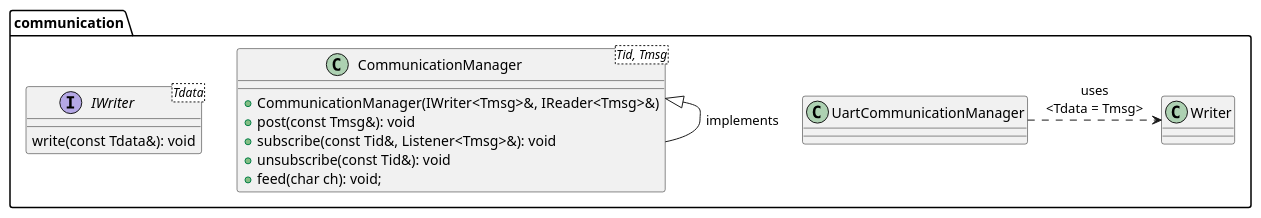
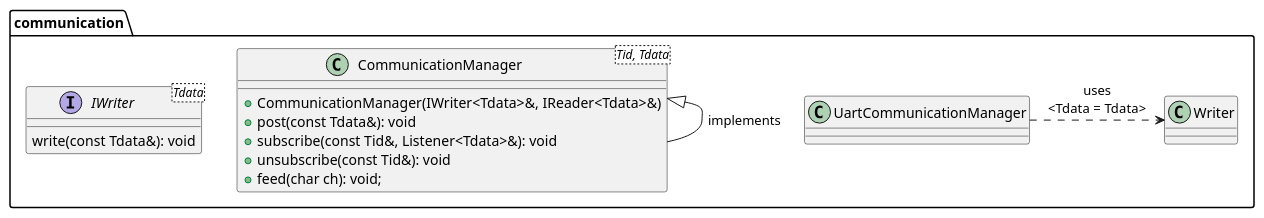
Before and after one commit to fedddot/framework: the diagram in communication/doc/communication.puml, drawn with PlantUML. The commit also changed 4 other files, not shown here.

Commit message:
CommunicationManager implemented

```diff
--- a/communication/doc/communication.puml
+++ b/communication/doc/communication.puml
@@ -1,21 +1,21 @@
 @startuml communication
 
 package communication {
 	interface IWriter<Tdata> {
 		write(const Tdata&): void
 	}
 
-	class CommunicationManager<Tid, Tmsg> {
-		+ CommunicationManager(IWriter<Tmsg>&, IReader<Tmsg>&)
-		+ post(const Tmsg&): void
-		+ subscribe(const Tid&, Listener<Tmsg>&): void
+	class CommunicationManager<Tid, Tdata> {
+		+ CommunicationManager(IWriter<Tdata>&, IReader<Tdata>&)
+		+ post(const Tdata&): void
+		+ subscribe(const Tid&, Listener<Tdata>&): void
 		+ unsubscribe(const Tid&): void
 		+ feed(char ch): void;
 	}
 
 	CommunicationManager -up-|> CommunicationManager: implements
 
-	UartCommunicationManager .right.> Writer: uses\n<Tdata = Tmsg>
+	UartCommunicationManager .right.> Writer: uses\n<Tdata = Tdata>
 }
 
 @enduml
```
